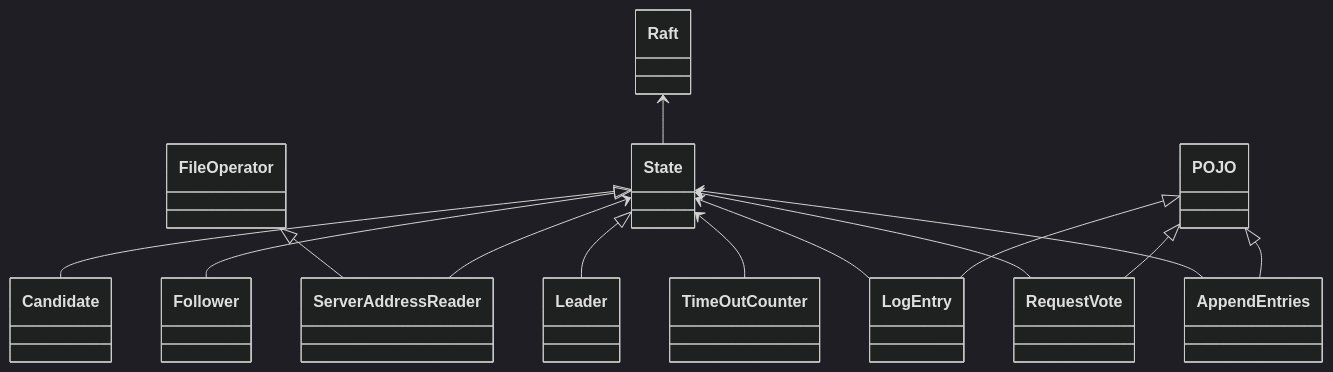
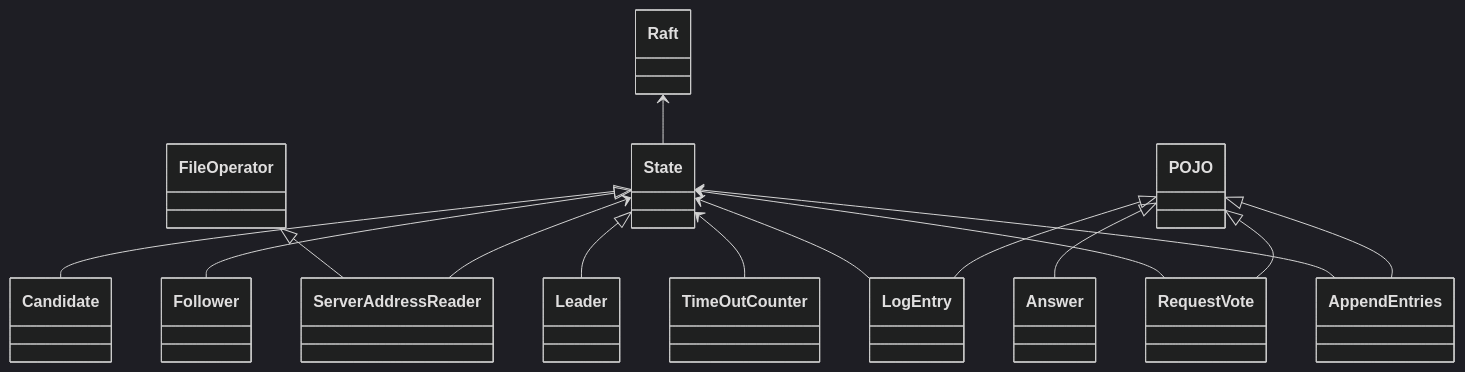
The first of 4 diagrams in DS-Lab2.md (Olive-2019/blogPost), drawn with Mermaid (dark theme) before and after one commit. The commit also changed other lines of this file, not shown here.

````diff
--- a/DS-Lab2.md
+++ b/DS-Lab2.md
@@ -116,16 +116,17 @@
 ```mermaid
 classDiagram
     FileOperator <|-- ServerAddressReader
     State <-- AppendEntries
     State <-- RequestVote
     State <-- TimeOutCounter
     State <-- LogEntry
     State <-- ServerAddressReader
     Raft <-- State
     State <|-- Leader
     State <|-- Follower
     State <|-- Candidate
     POJO <|-- AppendEntries
     POJO <|-- RequestVote
     POJO <|-- LogEntry
+    POJO <|-- Answer
 ```
````
